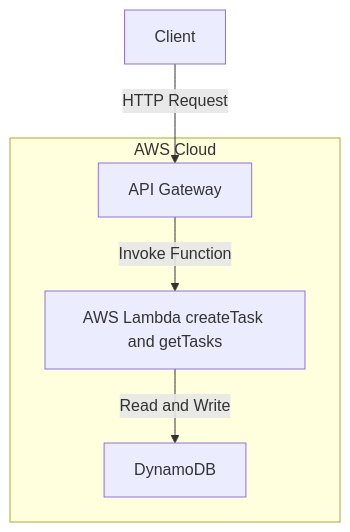
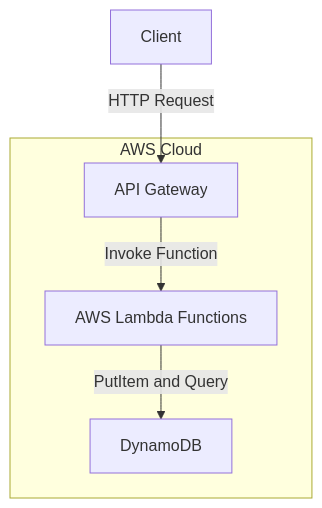
Before and after one commit to juliopardog/aws-task-api: the diagram in README.md, drawn with Mermaid. The commit also changed other lines of this file, not shown here.

````diff
--- a/README.md
+++ b/README.md
@@ -26,12 +30,12 @@
 ```mermaid
 flowchart TD
     subgraph AWS Cloud
         B[API Gateway]
-        C[AWS Lambda createTask and getTasks]
+        C[AWS Lambda Functions]
         D[DynamoDB]
     end
 
     A[Client] -->|HTTP Request| B
     B -->|Invoke Function| C
-    C -->|Read and Write| D
+    C -->|PutItem and Query| D
 ```
````
